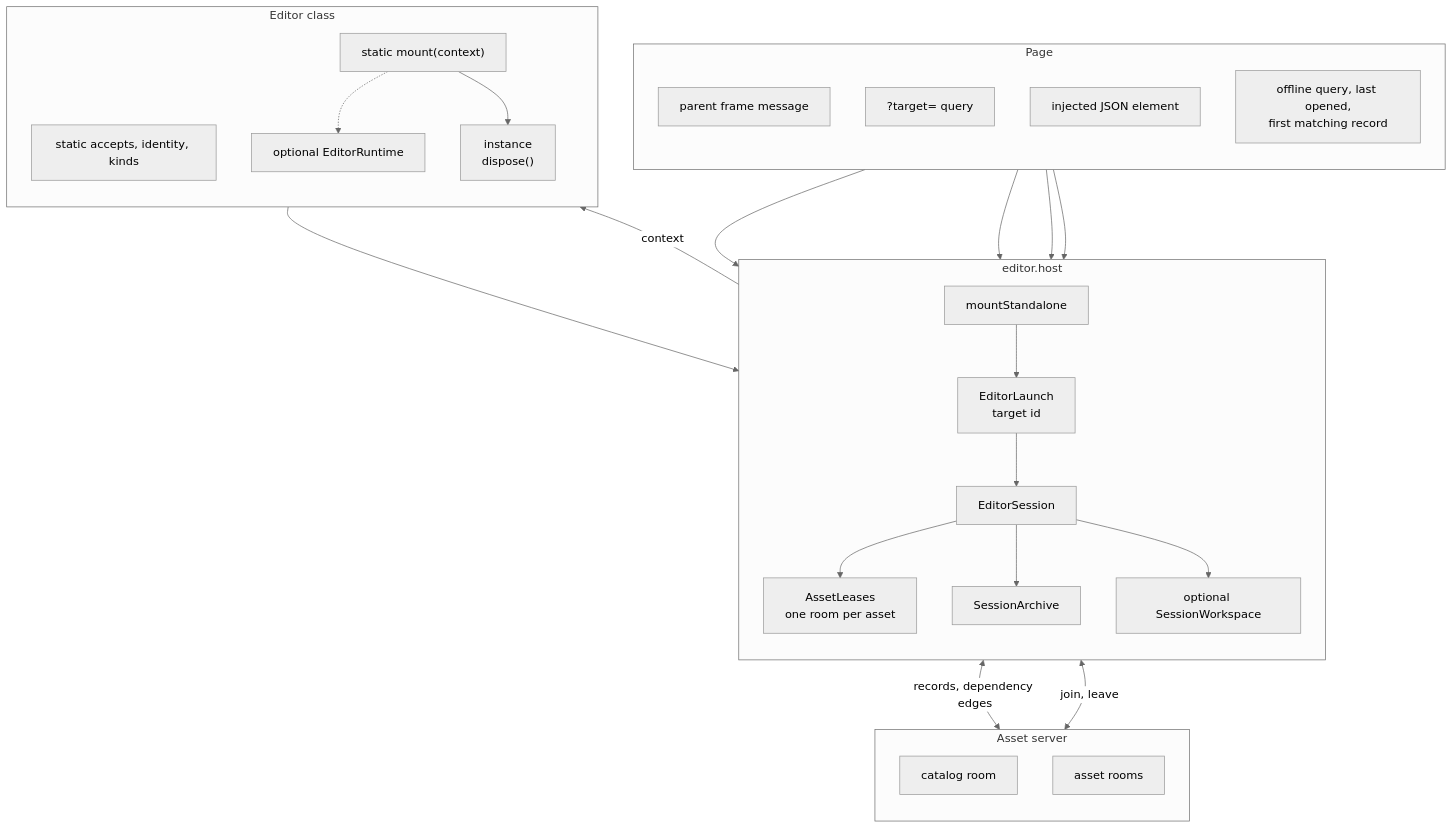
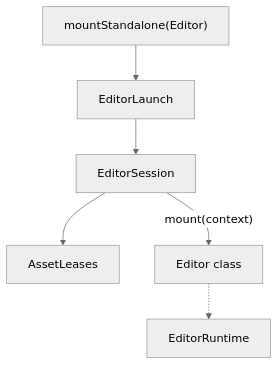
Before and after one commit to JollyPixel/editor: the first of 14 diagrams in packages/editors/host/ARCHITECTURE.md, drawn with Mermaid (neutral theme). The commit also changed other lines of this file and 114 other files, not shown here.

Commit message:
feat(host): editors asset selection + tags toolbar

````diff
--- a/packages/editors/host/ARCHITECTURE.md
+++ b/packages/editors/host/ARCHITECTURE.md
@@ -10,50 +9,8 @@
 ```mermaid
 flowchart TB
-  subgraph Page
-    direction TB
-    Frame["parent frame message"]
-    Query["?target= query"]
-    Injected["injected JSON element"]
-    OfflineSources["offline query, last opened,<br/>first matching record"]
-  end
-
-  subgraph Host["editor.host"]
-    direction TB
-    Mount["mountStandalone"]
-    Launch["EditorLaunch<br/>target id"]
-    Session["EditorSession"]
-    Leases["AssetLeases<br/>one room per asset"]
-    Archive["SessionArchive"]
-    Workspace["optional SessionWorkspace"]
-  end
-
-  subgraph Editor["Editor class"]
-    direction TB
-    Definition["static accepts, identity, kinds"]
-    MountFn["static mount(context)"]
-    Handle["instance<br/>dispose()"]
-    Runtime["optional EditorRuntime"]
-  end
-
-  subgraph Server["Asset server"]
-    direction TB
-    Catalog["catalog room"]
-    Rooms["asset rooms"]
-  end
-
-  Frame --> Launch
-  Query --> Launch
-  Injected --> Launch
-  OfflineSources --> Launch
-  Mount --> Launch
-  Definition --> Mount
-  Launch --> Session
-  Session --> Leases
-  Session --> Archive
-  Session --> Workspace
-  Session <-->|"records, dependency edges"| Catalog
-  Leases <-->|"join, leave"| Rooms
-  Session -->|"context"| MountFn
-  MountFn -.-> Runtime
-  MountFn --> Handle
+    Page["mountStandalone(Editor)"] --> Launch["EditorLaunch"]
+    Launch --> Session["EditorSession"]
+    Session --> Leases["AssetLeases"]
+    Session -->|"mount(context)"| Editor["Editor class"]
+    Editor -.-> Runtime["EditorRuntime"]
 ```
````
